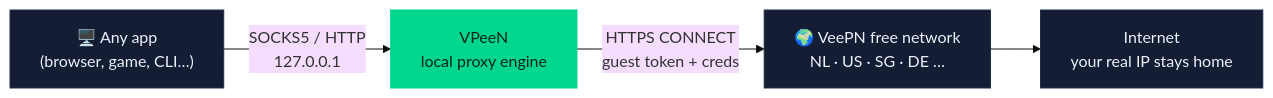
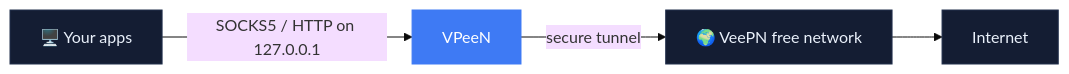
The diagram in README.md (SirBNL/VPeeN), drawn with Mermaid (base theme) before and after one commit. The commit also changed other lines of this file and 8 other files, not shown here.

````diff
--- a/README.md
+++ b/README.md
@@ -33,10 +36,10 @@
 ```mermaid
 flowchart LR
-    A["🖥️ Any app\n(browser, game, CLI…)"] -->|"SOCKS5 / HTTP\n127.0.0.1"| B["VPeeN\nlocal proxy engine"]
-    B -->|"HTTPS CONNECT\nguest token + creds"| C["🌍 VeePN free network\nNL · US · SG · DE …"]
-    C --> D["Internet\nyour real IP stays home"]
-    style B fill:#00d68f,color:#06251b,stroke:#00d68f
+    A["🖥️ Your apps"] -->|"SOCKS5 / HTTP on 127.0.0.1"| B["VPeeN"]
+    B -->|"secure tunnel"| C["🌍 VeePN free network"]
+    C --> D["Internet"]
+    style B fill:#3e7af4,color:#ffffff,stroke:#3e7af4
     style A fill:#141d33,color:#eaf1fb,stroke:#22304d
     style C fill:#141d33,color:#eaf1fb,stroke:#22304d
     style D fill:#141d33,color:#eaf1fb,stroke:#22304d
 ```
````
